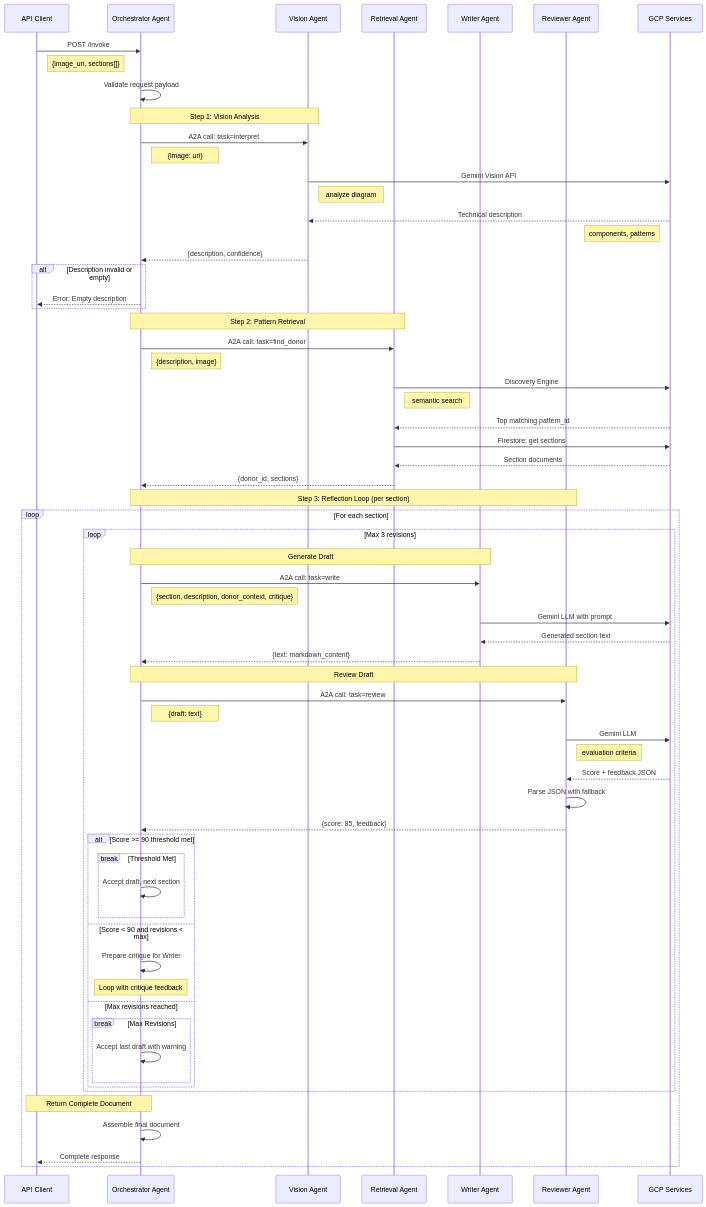
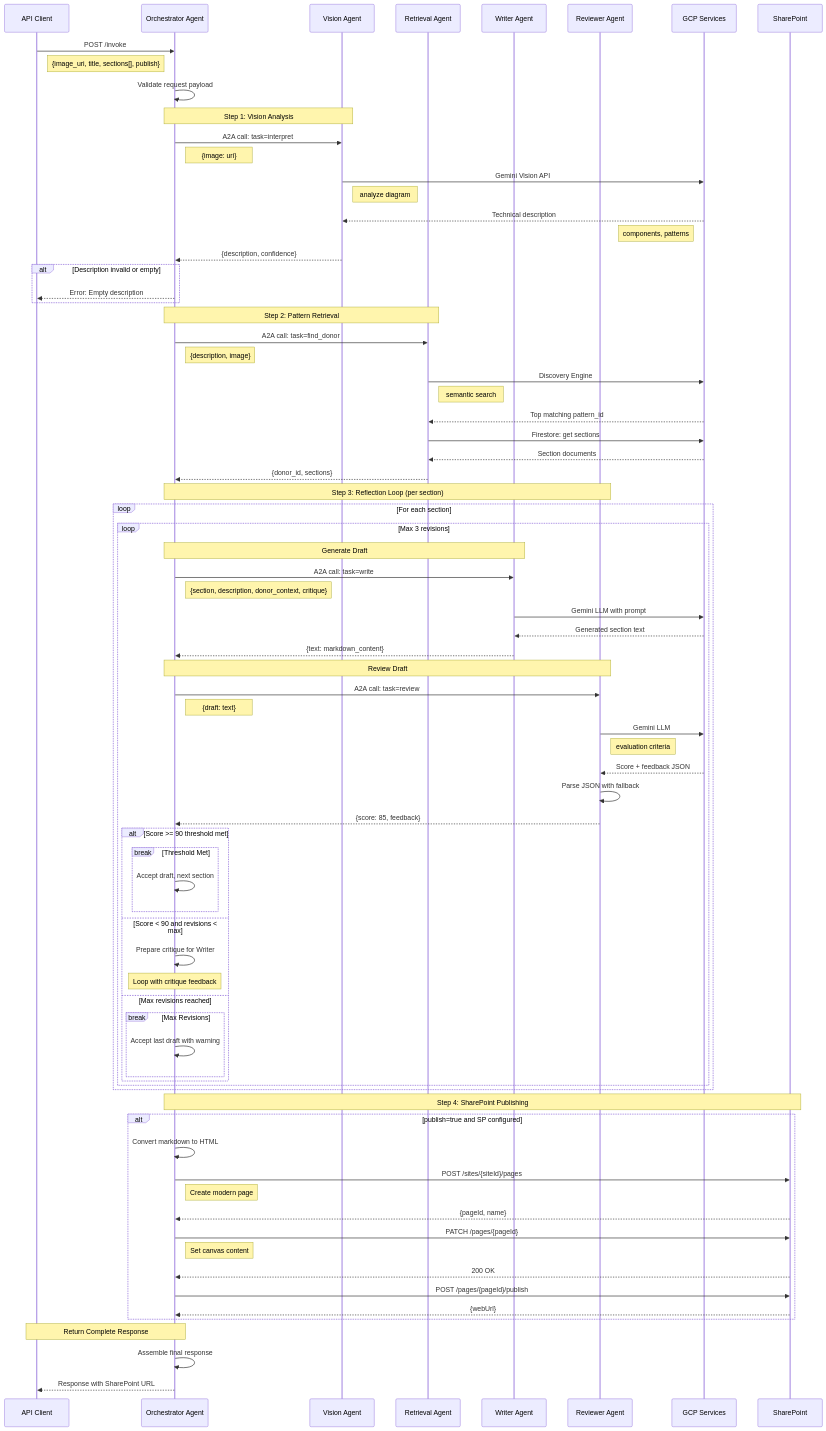
Before and after one commit to rnerurkar/engen: the third of 3 diagrams in DESIGN_DOCUMENT.md, drawn with Mermaid. The commit also changed other lines of this file and 3 other files, not shown here.

First line of the commit message:
feat: Add SharePoint publishing capability to Orchestrator

````diff
--- a/DESIGN_DOCUMENT.md
+++ b/DESIGN_DOCUMENT.md
@@ -361,9 +365,10 @@
     participant Writer as Writer Agent
     participant Review as Reviewer Agent
     participant GCP as GCP Services
+    participant SP as SharePoint
 
     Client->>Orch: POST /invoke
-    Note right of Client: {image_uri, sections[]}
+    Note right of Client: {image_uri, title, sections[], publish}
     Orch->>Orch: Validate request payload
     
     Note over Orch,Vision: Step 1: Vision Analysis
@@ -421,10 +426,23 @@
                 Orch->>Orch: Accept last draft with warning
             end
         end
+        end
     end
     
-    Note over Orch,Client: Return Complete Document
-    Orch->>Orch: Assemble final document
-    Orch-->>Client: Complete response
-end
+    Note over Orch,SP: Step 4: SharePoint Publishing
+    alt publish=true and SP configured
+        Orch->>Orch: Convert markdown to HTML
+        Orch->>SP: POST /sites/{siteId}/pages
+        Note right of Orch: Create modern page
+        SP-->>Orch: {pageId, name}
+        Orch->>SP: PATCH /pages/{pageId}
+        Note right of Orch: Set canvas content
+        SP-->>Orch: 200 OK
+        Orch->>SP: POST /pages/{pageId}/publish
+        SP-->>Orch: {webUrl}
+    end
+    
+    Note over Orch,Client: Return Complete Response
+    Orch->>Orch: Assemble final response
+    Orch-->>Client: Response with SharePoint URL
 ```
````
